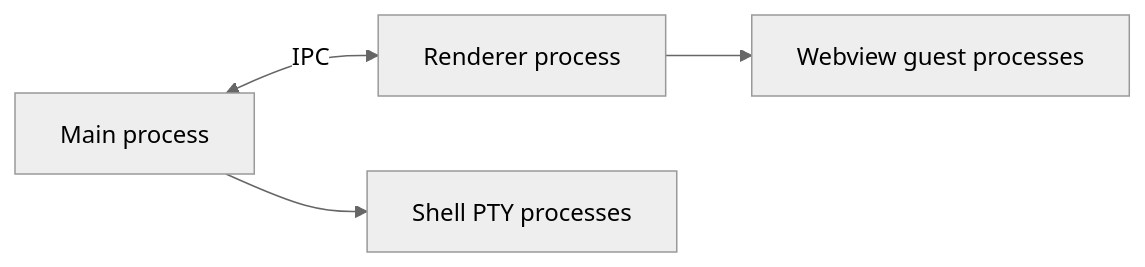
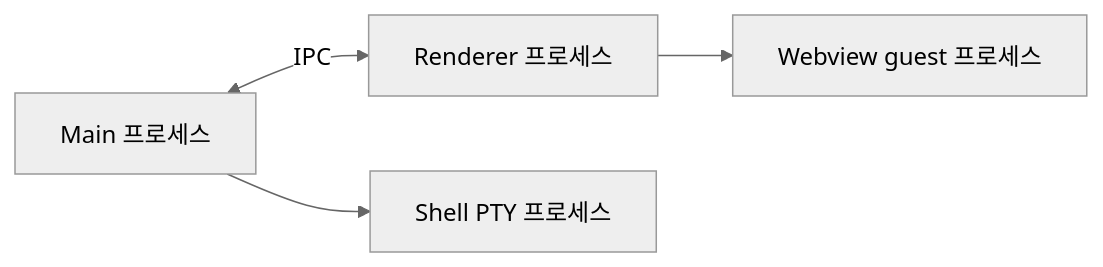
One commit to lkh0310kr/workspace changed the first of 2 diagrams in docs/architecture/01-overview.md. Above: the diagram before and after it, drawn with Mermaid (neutral theme). The commit also changed other lines of this file and 12 other files, not shown here.

````diff
--- a/docs/architecture/01-overview.md
+++ b/docs/architecture/01-overview.md
@@ -7,10 +7,10 @@
 ```mermaid
 flowchart LR
-  Main[Main process]
-  Renderer[Renderer process]
-  Guest[Webview guest processes]
-  Pty[Shell PTY processes]
+  Main[Main 프로세스]
+  Renderer[Renderer 프로세스]
+  Guest[Webview guest 프로세스]
+  Pty[Shell PTY 프로세스]
   Main <-->|IPC| Renderer
   Renderer --> Guest
   Main --> Pty
 ```
````
